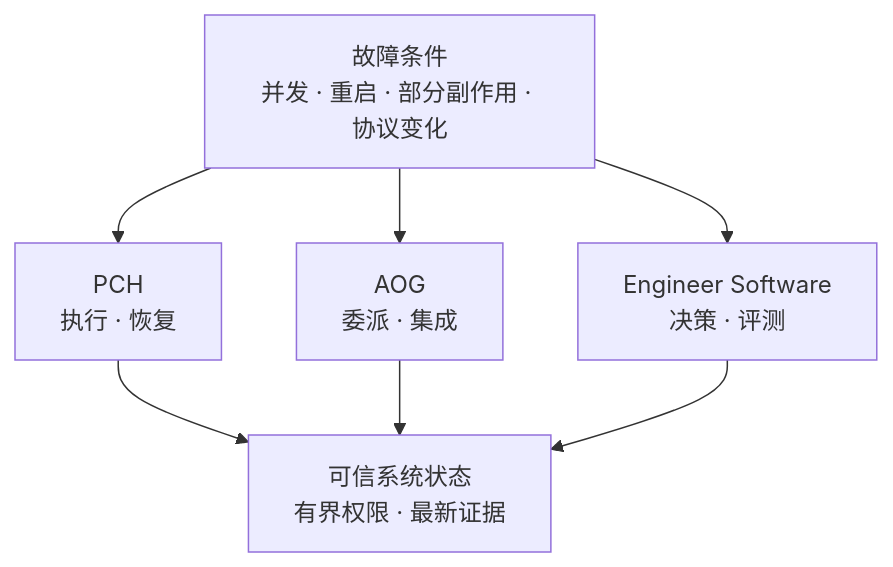
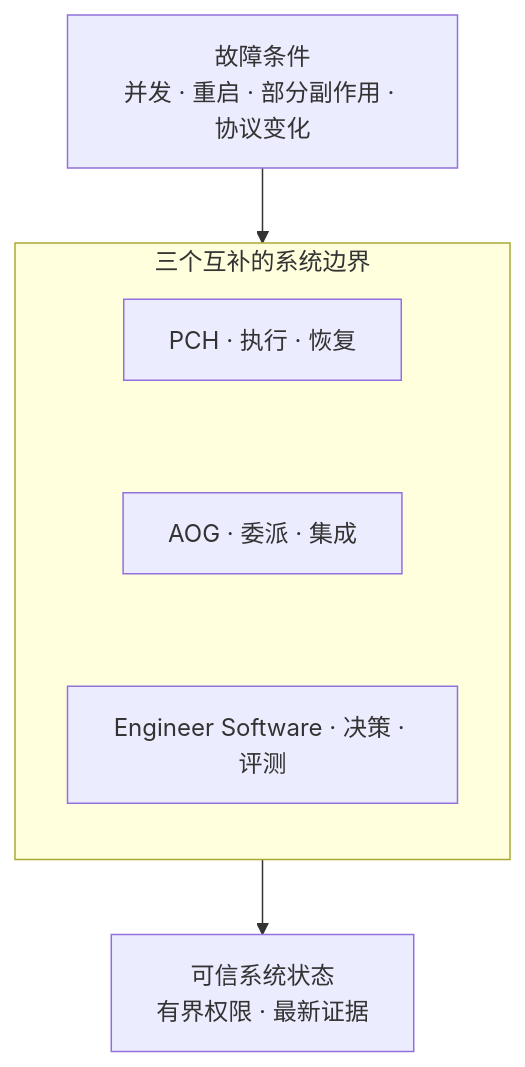
One commit to KirschBluteX/KirschBluteX changed the diagram in README.zh-CN.md. Above: the diagram before and after it, drawn with Mermaid. The commit also changed 1 other file, not shown here.

Commit message:
docs: make systems map mobile-readable

````diff
--- a/README.zh-CN.md
+++ b/README.zh-CN.md
@@ -15,10 +15,15 @@
 ```mermaid
 flowchart TD
   F["故障条件<br/>并发 · 重启 · 部分副作用 · 协议变化"]
-  F --> P["PCH<br/>执行 · 恢复"]
-  F --> A["AOG<br/>委派 · 集成"]
-  F --> E["Engineer Software<br/>决策 · 评测"]
-  P --> R["可信系统状态<br/>有界权限 · 最新证据"]
-  A --> R
-  E --> R
+  subgraph S["三个互补的系统边界"]
+    direction TB
+    P["PCH · 执行 · 恢复"]
+    A["AOG · 委派 · 集成"]
+    E["Engineer Software · 决策 · 评测"]
+    P ~~~ A
+    A ~~~ E
+  end
+  R["可信系统状态<br/>有界权限 · 最新证据"]
+  F --> S
+  S --> R
 ```
````
